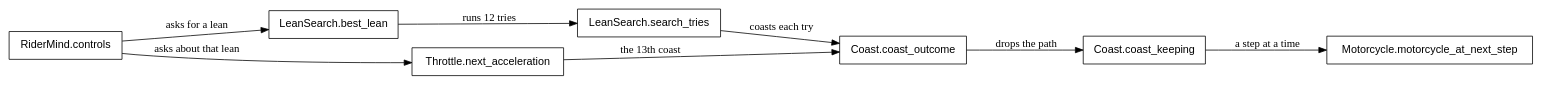
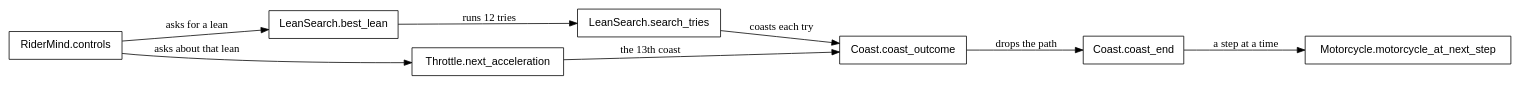
Diagram 15 of 24 in canvas_apps/safari/tutorial/tutorial.md (showell/roc-apps), drawn with Graphviz before and after one commit. The commit also changed other lines of this file and 4 other files, not shown here.

````diff
--- a/canvas_apps/safari/tutorial/tutorial.md
+++ b/canvas_apps/safari/tutorial/tutorial.md
@@ -2399,20 +2399,20 @@
 ```dot
 digraph rehearsal {
   rankdir=LR;
   node [shape=box, fontname="Helvetica"];
   controls [label="RiderMind.controls"];
   best [label="LeanSearch.best_lean"];
   search [label="LeanSearch.search_tries"];
   project [label="Coast.coast_outcome"];
-  keeping [label="Coast.coast_keeping"];
+  keeping [label="Coast.coast_end"];
   advance [label="Motorcycle.motorcycle_at_next_step"];
   throttle [label="Throttle.next_acceleration"];
   controls -> best [label="  asks for a lean"];
   best -> search [label="  runs 12 tries"];
   search -> project [label="  coasts each try"];
   controls -> throttle [label="  asks about that lean"];
   throttle -> project [label="  the 13th coast"];
   project -> keeping [label="  drops the path"];
   keeping -> advance [label="  a step at a time"];
 }
 ```
````
